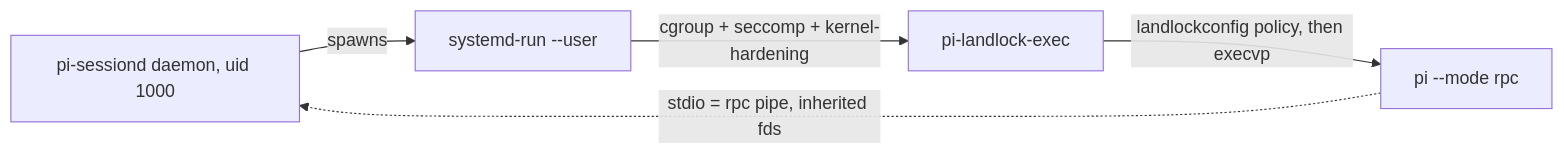
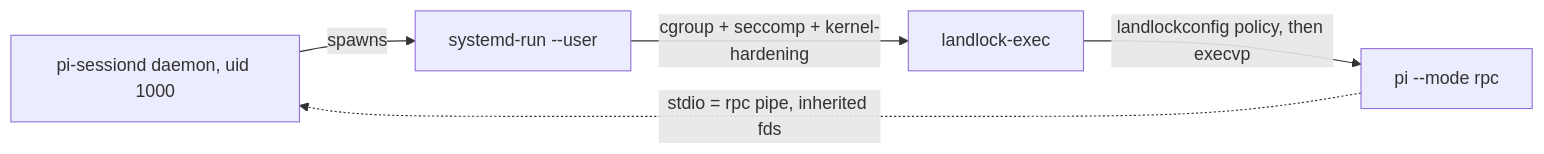
One commit to generational-infrastructure/spaces-os changed the diagram in docs/landlock-sandbox-design.md. Above: the diagram before and after it, drawn with Mermaid. The commit also changed other lines of this file and 40 other files, not shown here.

First line of the commit message:
landlock-exec: rename from pi-landlock-exec (no longer pi-only)

````diff
--- a/docs/landlock-sandbox-design.md
+++ b/docs/landlock-sandbox-design.md
@@ -116,7 +116,7 @@
 ```mermaid
 flowchart LR
     D[pi-sessiond daemon, uid 1000] -->|spawns| R[systemd-run --user]
-    R -->|cgroup + seccomp + kernel-hardening| L[pi-landlock-exec]
+    R -->|cgroup + seccomp + kernel-hardening| L[landlock-exec]
     L -->|landlockconfig policy, then execvp| P[pi --mode rpc]
     P -.->|stdio = rpc pipe, inherited fds| D
 ```
````
